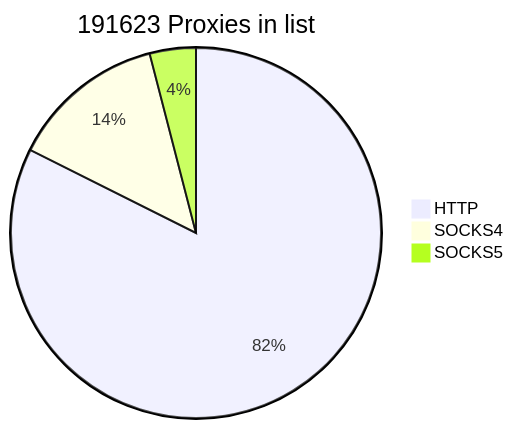
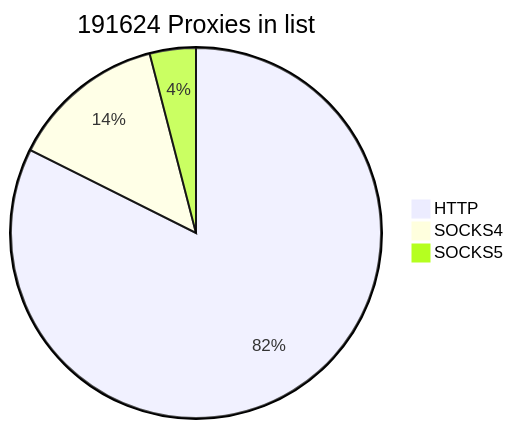
One commit to cutipu/proxylist changed the first of 2 diagrams in README.md. Above: the diagram before and after it, drawn with Mermaid. The commit also changed other lines of this file, not shown here.

````diff
--- a/README.md
+++ b/README.md
@@ -2,7 +2,7 @@
 ```mermaid
-pie title 191623 Proxies in list
+pie title 191624 Proxies in list
     "HTTP" : 157874
-    "SOCKS4" : 26038
+    "SOCKS4" : 26039
     "SOCKS5" : 7711
             
 ```
````
